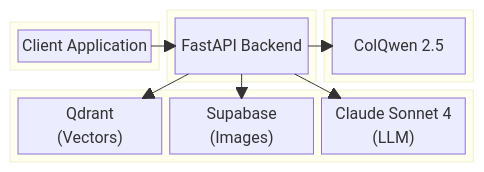
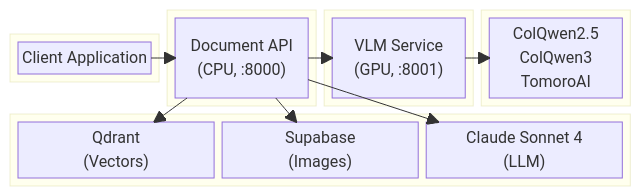
One commit to akosgintl/colpali-rag-app changed the diagram in docs/README.md. Above: the diagram before and after it, drawn with Mermaid. The commit also changed other lines of this file and 84 other files, not shown here.

Commit message:
refactored to document-api and colpali-vlm projects

````diff
--- a/docs/README.md
+++ b/docs/README.md
@@ -32,28 +36,33 @@
 ```mermaid
 block-beta
-    columns 3
+    columns 4
 
-    block:frontend:1
+    block:client:1
         A["Client Application"]
     end
 
     block:api:1
-        B["FastAPI Backend"]
+        B["Document API\n(CPU, :8000)"]
     end
 
-    block:ml:1
-        C["ColQwen 2.5"]
+    block:vlm:1
+        C["VLM Service\n(GPU, :8001)"]
     end
 
-    block:storage:3
-        D["Qdrant\n(Vectors)"]
-        E["Supabase\n(Images)"]
-        F["Claude Sonnet 4\n(LLM)"]
+    block:models:1
+        D["ColQwen2.5\nColQwen3\nTomoroAI"]
+    end
+
+    block:storage:4
+        E["Qdrant\n(Vectors)"]
+        F["Supabase\n(Images)"]
+        G["Claude Sonnet 4\n(LLM)"]
     end
 
     A --> B
     B --> C
-    B --> D
+    C --> D
     B --> E
     B --> F
+    B --> G
 ```
````
